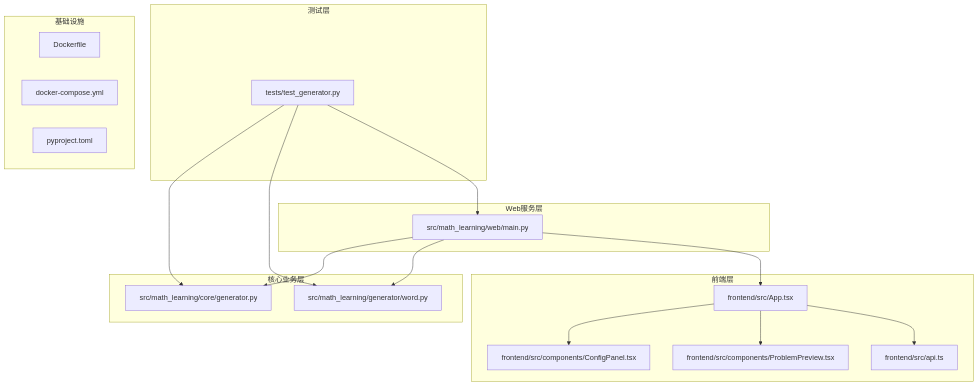
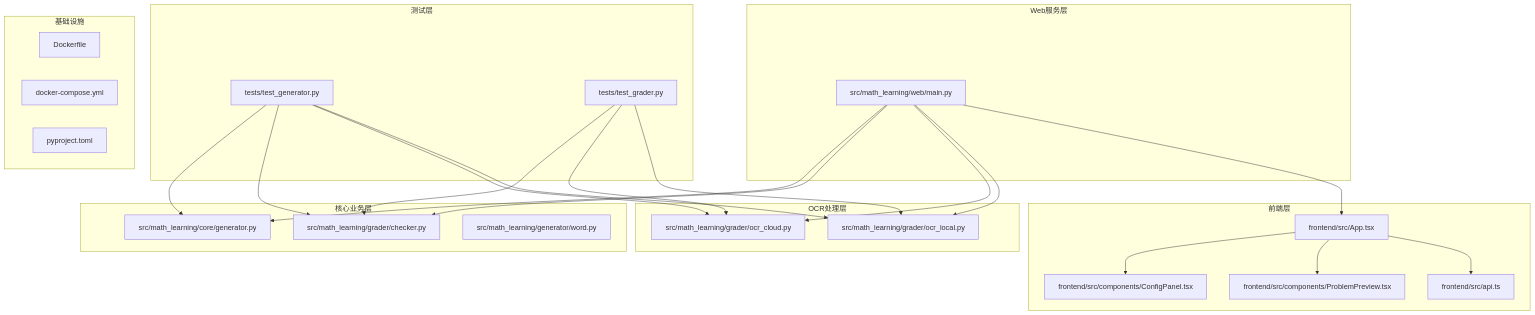
Before and after one commit to SimonWHL/math-learning: the first of 12 diagrams in .qoder/repowiki/zh/content/开发指南/测试框架.md, drawn with Mermaid. The commit also changed other lines of this file and 17 other files, not shown here.

````diff
--- a/.qoder/repowiki/zh/content/开发指南/测试框架.md
+++ b/.qoder/repowiki/zh/content/开发指南/测试框架.md
@@ -37,33 +48,45 @@
 ```mermaid
 graph TB
 subgraph "测试层"
 T1[tests/test_generator.py]
+T2[tests/test_grader.py]
 end
 subgraph "核心业务层"
 C1[src/math_learning/core/generator.py]
-C2[src/math_learning/generator/word.py]
+C2[src/math_learning/grader/checker.py]
+C3[src/math_learning/generator/word.py]
+end
+subgraph "OCR处理层"
+O1[src/math_learning/grader/ocr_cloud.py]
+O2[src/math_learning/grader/ocr_local.py]
 end
 subgraph "Web服务层"
 W1[src/math_learning/web/main.py]
 end
 subgraph "前端层"
 F1[frontend/src/App.tsx]
 F2[frontend/src/components/ConfigPanel.tsx]
 F3[frontend/src/components/ProblemPreview.tsx]
 F4[frontend/src/api.ts]
 end
 subgraph "基础设施"
 D1[Dockerfile]
 D2[docker-compose.yml]
 P1[pyproject.toml]
 end
 T1 --> C1
 T1 --> C2
-T1 --> W1
+T1 --> O1
+T1 --> O2
+T2 --> C2
+T2 --> O1
+T2 --> O2
 W1 --> C1
 W1 --> C2
+W1 --> O1
+W1 --> O2
 F1 --> F2
 F1 --> F3
 F1 --> F4
 W1 --> F1
 ```
````
